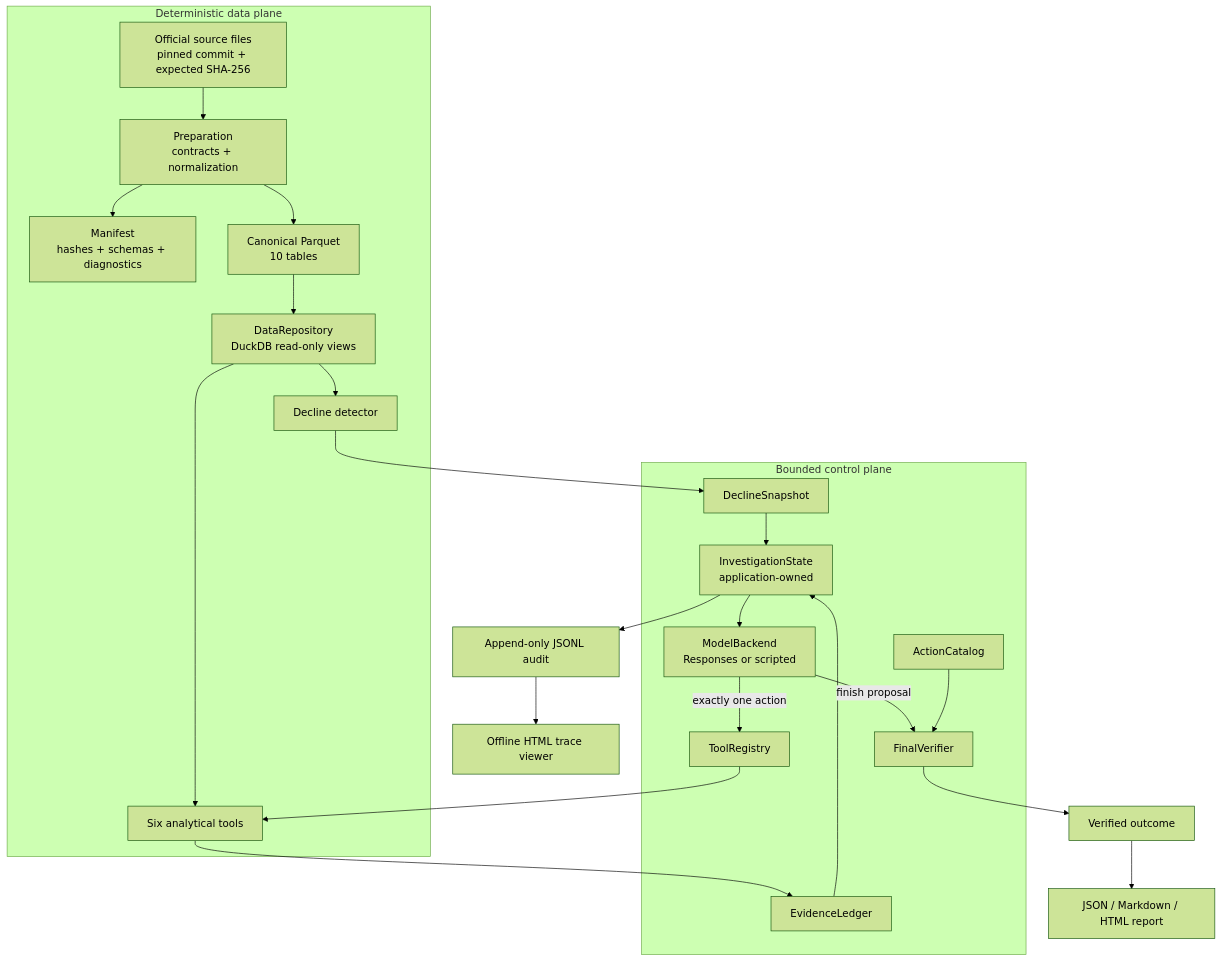
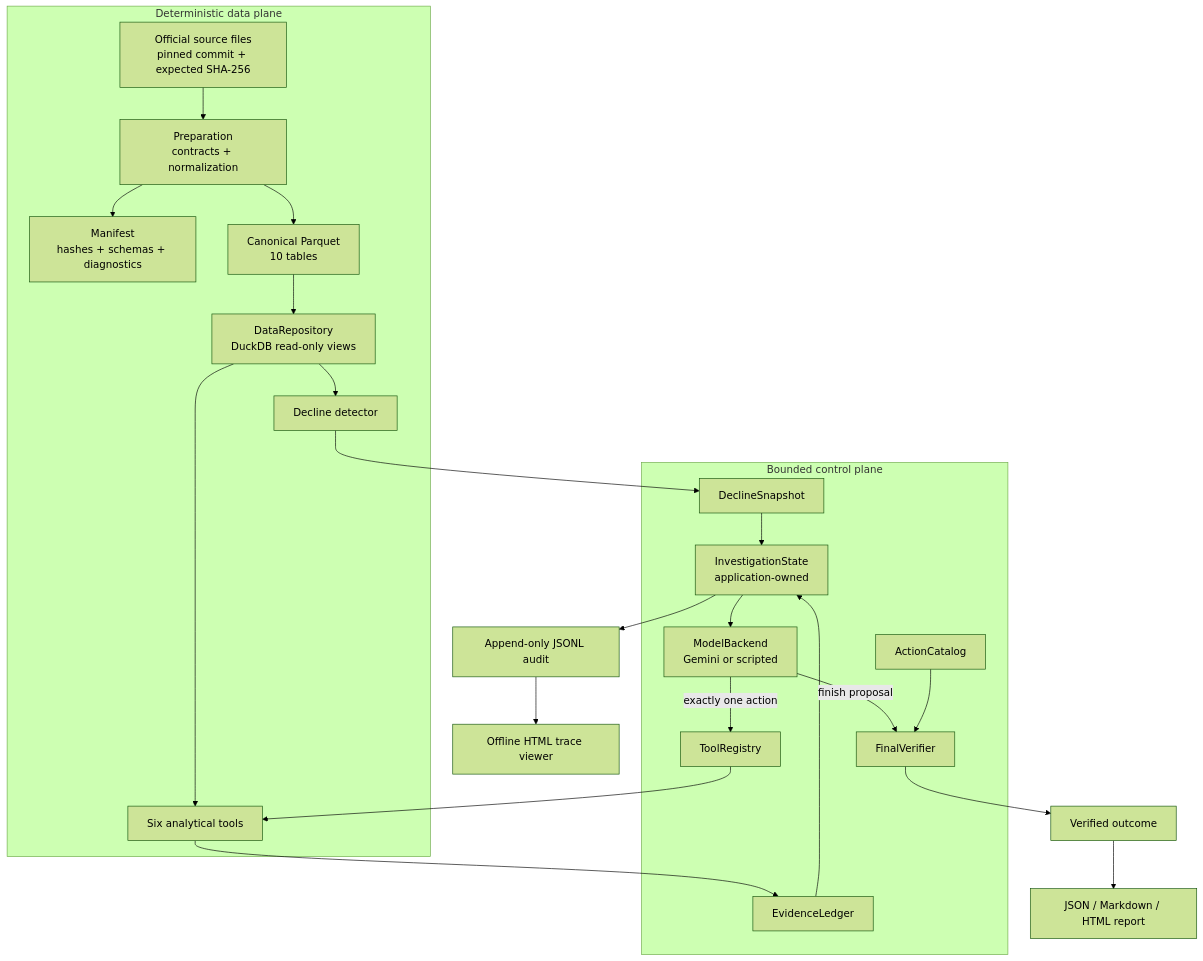
Before and after one commit to nickjanocik/WhyBack: the first of 2 diagrams in docs/architecture.md, drawn with Mermaid (forest theme). The commit also changed 24 other files, not shown here.

````diff
--- a/docs/architecture.md
+++ b/docs/architecture.md
@@ -18,42 +18,42 @@
 ```mermaid
 flowchart TB
     subgraph Data[Deterministic data plane]
         S[Official source files<br/>pinned commit + expected SHA-256]
         P[Preparation<br/>contracts + normalization]
         M[Manifest<br/>hashes + schemas + diagnostics]
         Q[Canonical Parquet<br/>10 tables]
         R[DataRepository<br/>DuckDB read-only views]
         D[Decline detector]
         T[Six analytical tools]
         S --> P
         P --> M
         P --> Q
         Q --> R
         R --> D
         R --> T
     end
 
     subgraph Control[Bounded control plane]
         X[DeclineSnapshot]
         ST[InvestigationState<br/>application-owned]
-        MB[ModelBackend<br/>Responses or scripted]
+        MB[ModelBackend<br/>Gemini or scripted]
         RG[ToolRegistry]
         EL[EvidenceLedger]
         FV[FinalVerifier]
         AC[ActionCatalog]
         X --> ST
         ST --> MB
         MB -->|exactly one action| RG
         RG --> T
         T --> EL
         EL --> ST
         MB -->|finish proposal| FV
         AC --> FV
     end
 
     D --> X
     FV --> O[Verified outcome]
     ST --> A[Append-only JSONL audit]
     O --> RP[JSON / Markdown / HTML report]
     A --> TV[Offline HTML trace viewer]
 ```
````
